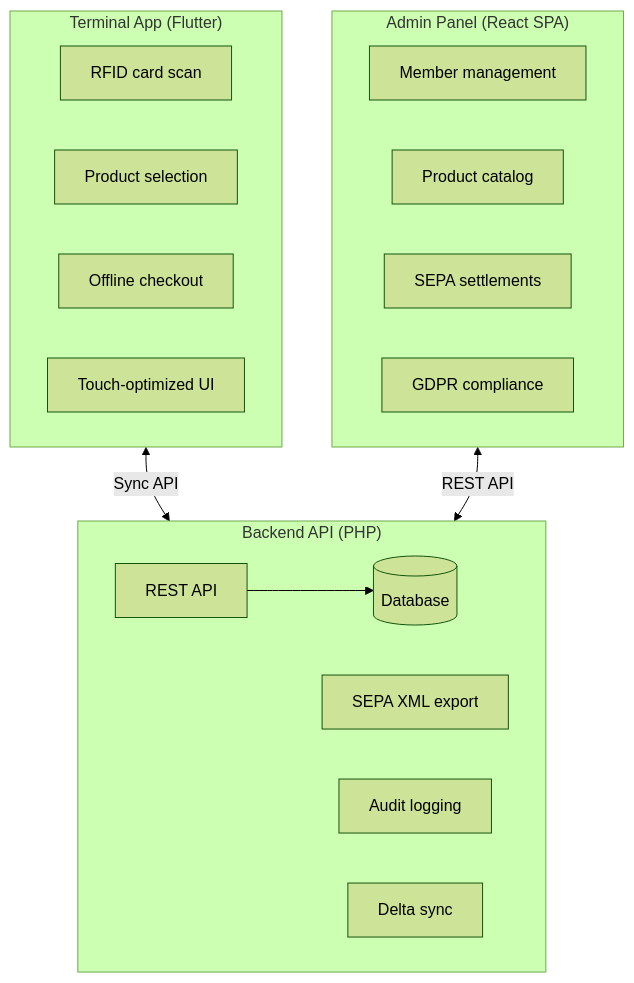
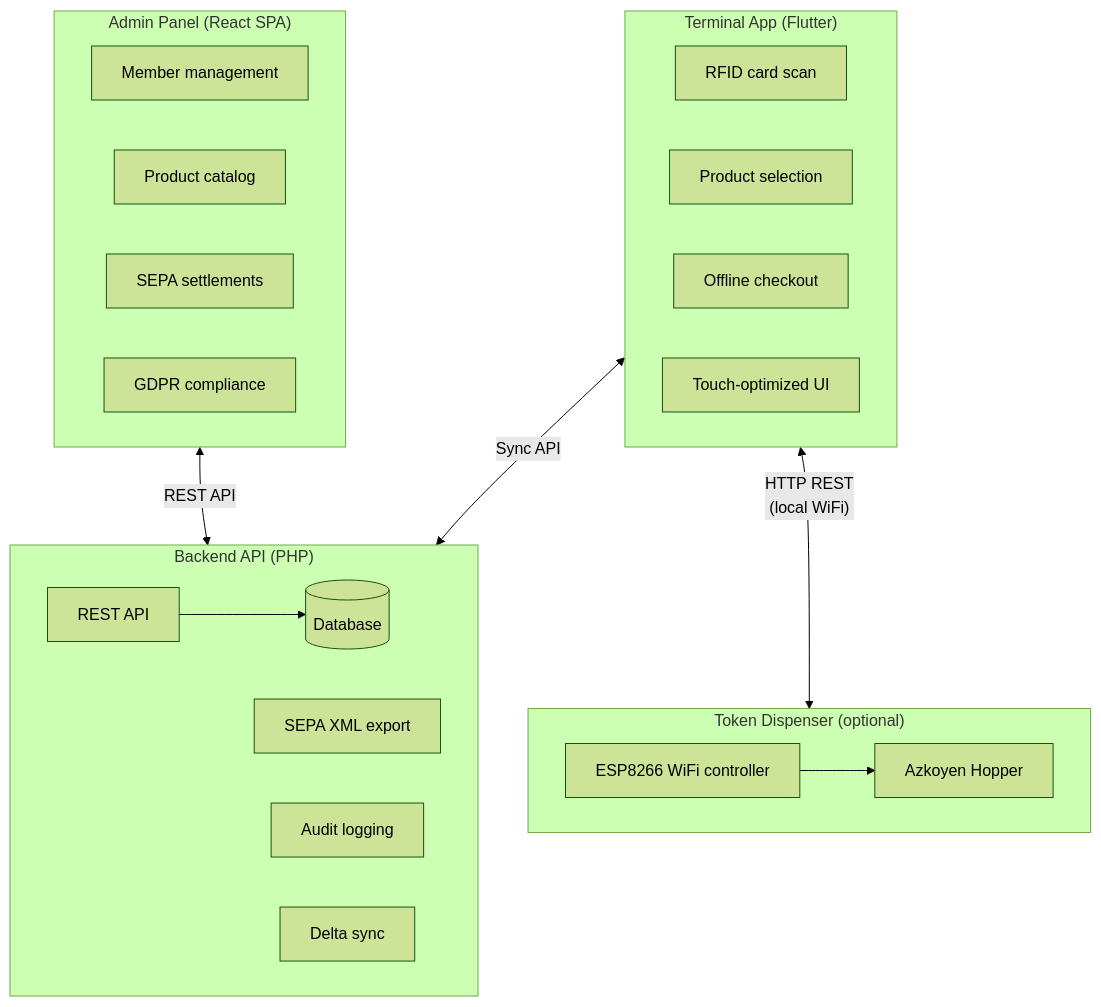
Before and after one commit to dgloeckner/clubbar: the diagram in README.md, drawn with Mermaid (forest theme). The commit also changed other lines of this file and 1 other file, not shown here.

First line of the commit message:
docs: document optional token dispenser integration

````diff
--- a/README.md
+++ b/README.md
@@ -31,28 +31,35 @@
 ```mermaid
 flowchart TB
     subgraph Terminal["Terminal App (Flutter)"]
         T1[RFID card scan]
         T2[Product selection]
         T3[Offline checkout]
         T4[Touch-optimized UI]
     end
 
     subgraph Admin["Admin Panel (React SPA)"]
         A1[Member management]
         A2[Product catalog]
         A3[SEPA settlements]
         A4[GDPR compliance]
     end
 
     subgraph Backend["Backend API (PHP)"]
         B1[REST API]
         B2[SEPA XML export]
         B3[Audit logging]
         B4[Delta sync]
         DB[(Database)]
         B1 --> DB
     end
 
+    subgraph Dispenser["Token Dispenser (optional)"]
+        D1[ESP8266 WiFi controller]
+        D2[Azkoyen Hopper]
+        D1 --> D2
+    end
+
     Terminal <-->|"Sync API"| Backend
     Admin <-->|"REST API"| Backend
+    Terminal <-->|"HTTP REST\n(local WiFi)"| Dispenser
 ```
````
